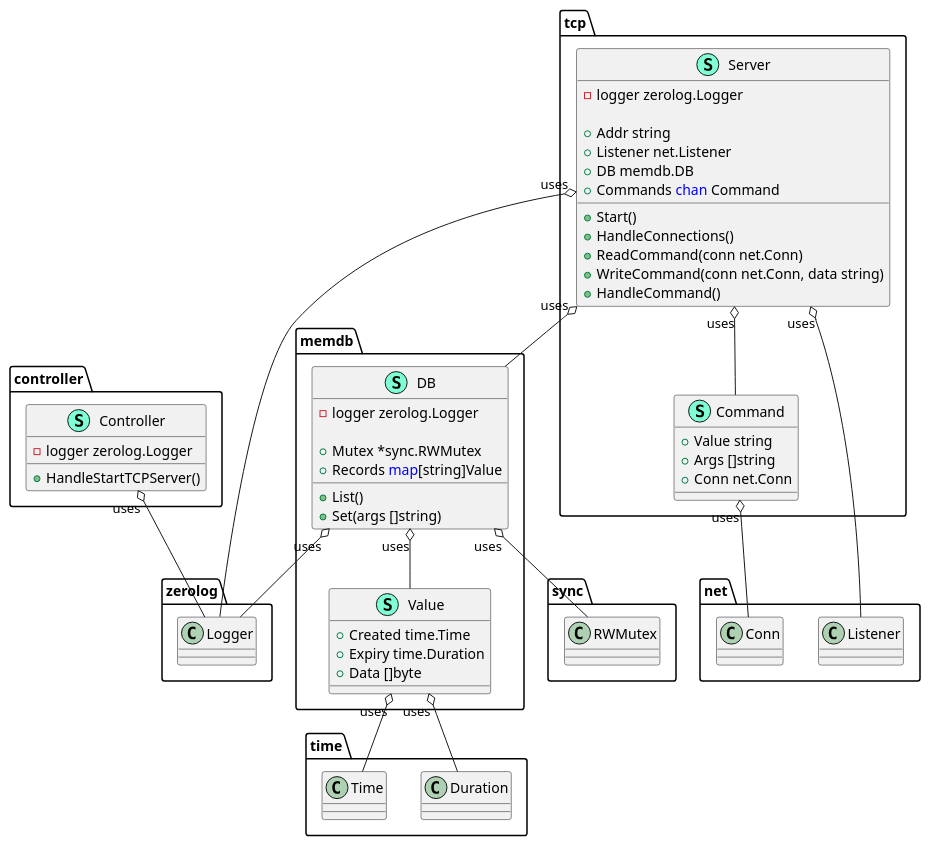
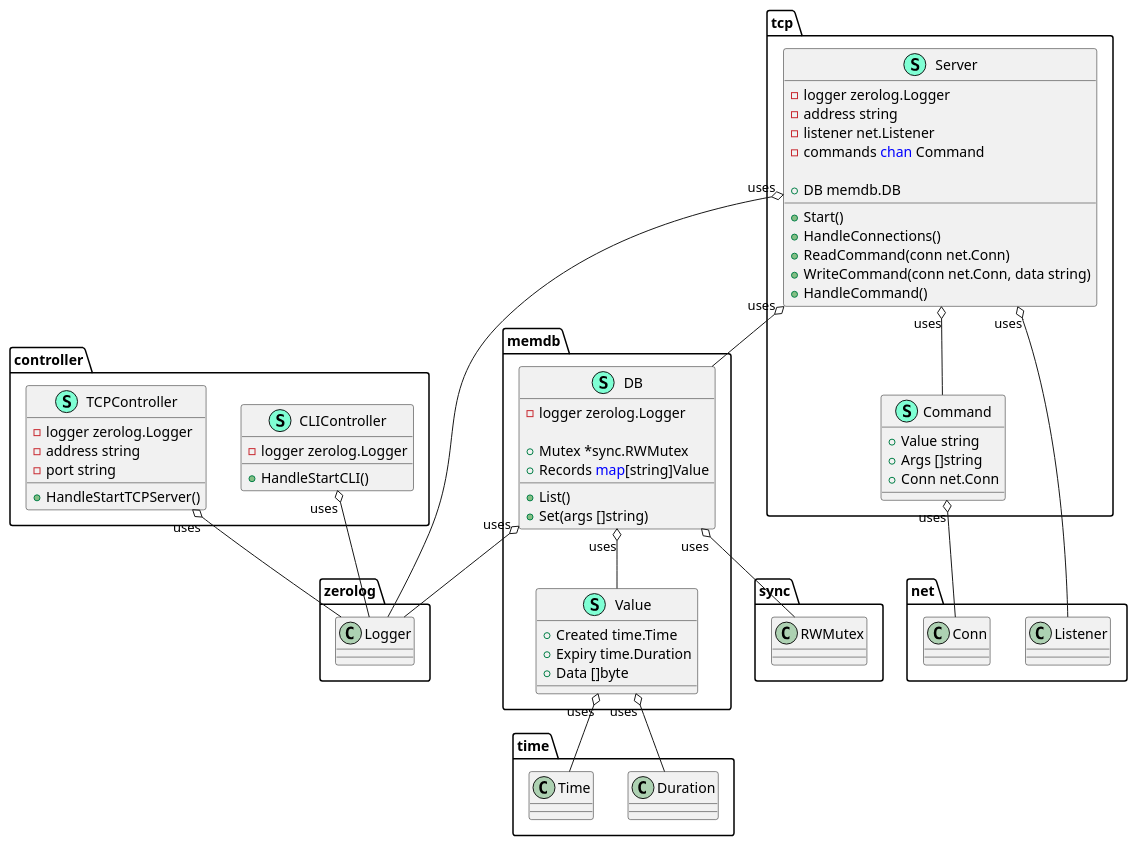
The diagram in serverClassDiagram.puml (gijsdb/go-mem-db), drawn with PlantUML before and after one commit. The commit also changed 12 other files, not shown here.

```diff
--- a/serverClassDiagram.puml
+++ b/serverClassDiagram.puml
@@ -1,71 +1,80 @@
 @startuml
 namespace controller {
-    class Controller << (S,Aquamarine) >> {
+    class CLIController << (S,Aquamarine) >> {
         - logger zerolog.Logger
+
+        + HandleStartCLI() 
+
+    }
+    class TCPController << (S,Aquamarine) >> {
+        - logger zerolog.Logger
+        - address string
+        - port string
 
         + HandleStartTCPServer() 
 
     }
 }
 
 
-"controller.Controller""uses" o-- "zerolog.Logger"
+"controller.CLIController""uses" o-- "zerolog.Logger"
+"controller.TCPController""uses" o-- "zerolog.Logger"
 
 namespace memdb {
     class DB << (S,Aquamarine) >> {
         - logger zerolog.Logger
 
         + Mutex *sync.RWMutex
         + Records <font color=blue>map</font>[string]Value
 
         + List() 
         + Set(args []string) 
 
     }
     class Value << (S,Aquamarine) >> {
         + Created time.Time
         + Expiry time.Duration
         + Data []byte
 
     }
 }
 
 
 "memdb.DB""uses" o-- "memdb.Value"
 "memdb.DB""uses" o-- "sync.RWMutex"
 "memdb.DB""uses" o-- "zerolog.Logger"
 "memdb.Value""uses" o-- "time.Duration"
 "memdb.Value""uses" o-- "time.Time"
 
 namespace tcp {
     class Command << (S,Aquamarine) >> {
         + Value string
         + Args []string
         + Conn net.Conn
 
     }
     class Server << (S,Aquamarine) >> {
         - logger zerolog.Logger
+        - address string
+        - listener net.Listener
+        - commands <font color=blue>chan</font> Command
 
-        + Addr string
-        + Listener net.Listener
         + DB memdb.DB
-        + Commands <font color=blue>chan</font> Command
 
         + Start() 
         + HandleConnections() 
         + ReadCommand(conn net.Conn) 
         + WriteCommand(conn net.Conn, data string) 
         + HandleCommand() 
 
     }
 }
 
 
 "tcp.Command""uses" o-- "net.Conn"
 "tcp.Server""uses" o-- "memdb.DB"
 "tcp.Server""uses" o-- "net.Listener"
 "tcp.Server""uses" o-- "tcp.Command"
 "tcp.Server""uses" o-- "zerolog.Logger"
 
 @enduml
```
